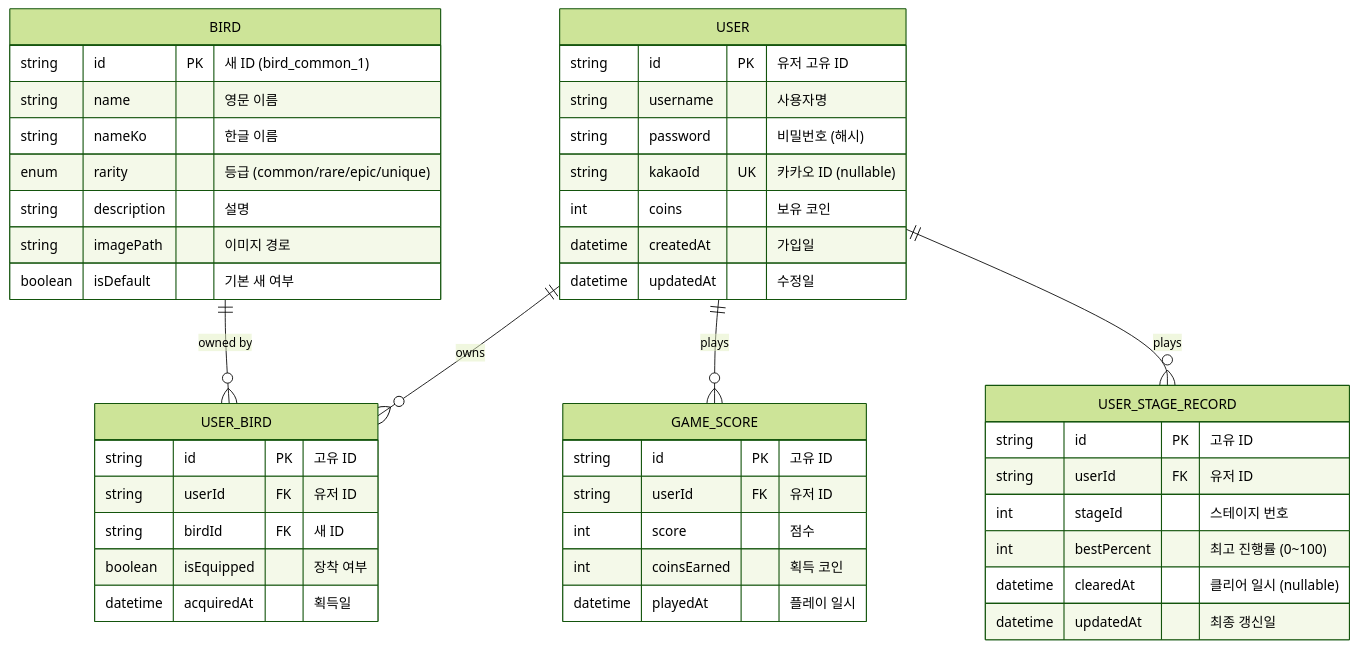
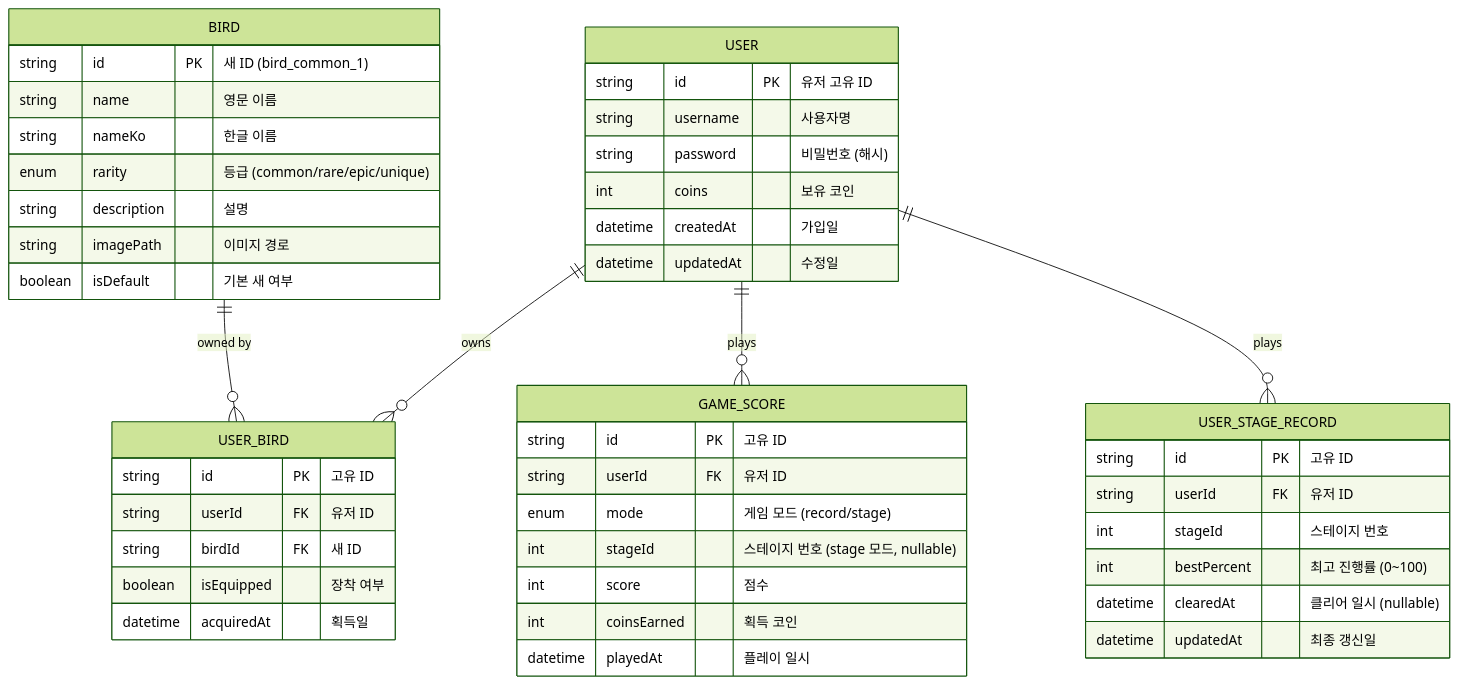
The diagram in docs/er_diagram.md (kimminsuu/FLAPPY-BIRD), drawn with Mermaid (forest theme) before and after one commit. The commit also changed other lines of this file and 2 other files, not shown here.

First line of the commit message:
Update docs: add Stage 4-6, fix ERD, and sync feature list

````diff
--- a/docs/er_diagram.md
+++ b/docs/er_diagram.md
@@ -7,52 +7,53 @@
 ```mermaid
 erDiagram
     USER {
         string id PK "유저 고유 ID"
         string username "사용자명"
         string password "비밀번호 (해시)"
-        string kakaoId UK "카카오 ID (nullable)"
         int coins "보유 코인"
         datetime createdAt "가입일"
         datetime updatedAt "수정일"
     }
 
     BIRD {
         string id PK "새 ID (bird_common_1)"
         string name "영문 이름"
         string nameKo "한글 이름"
         enum rarity "등급 (common/rare/epic/unique)"
         string description "설명"
         string imagePath "이미지 경로"
         boolean isDefault "기본 새 여부"
     }
 
     USER_BIRD {
         string id PK "고유 ID"
         string userId FK "유저 ID"
         string birdId FK "새 ID"
         boolean isEquipped "장착 여부"
         datetime acquiredAt "획득일"
     }
 
     GAME_SCORE {
         string id PK "고유 ID"
         string userId FK "유저 ID"
+        enum mode "게임 모드 (record/stage)"
+        int stageId "스테이지 번호 (stage 모드, nullable)"
         int score "점수"
         int coinsEarned "획득 코인"
         datetime playedAt "플레이 일시"
     }
 
     USER_STAGE_RECORD {
         string id PK "고유 ID"
         string userId FK "유저 ID"
         int stageId "스테이지 번호"
         int bestPercent "최고 진행률 (0~100)"
         datetime clearedAt "클리어 일시 (nullable)"
         datetime updatedAt "최종 갱신일"
     }
 
     USER ||--o{ USER_BIRD : "owns"
     BIRD ||--o{ USER_BIRD : "owned by"
     USER ||--o{ GAME_SCORE : "plays"
     USER ||--o{ USER_STAGE_RECORD : "plays"
 ```
````
